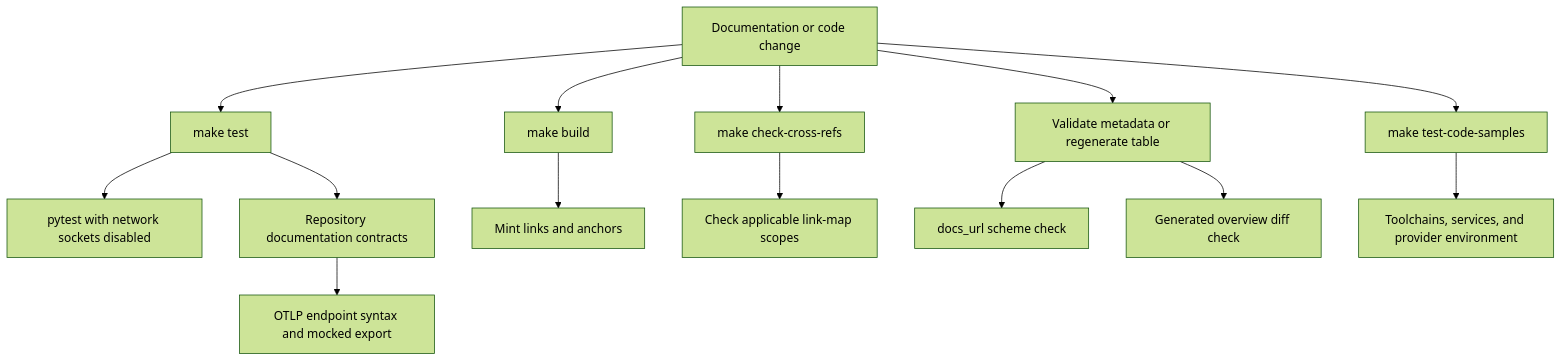
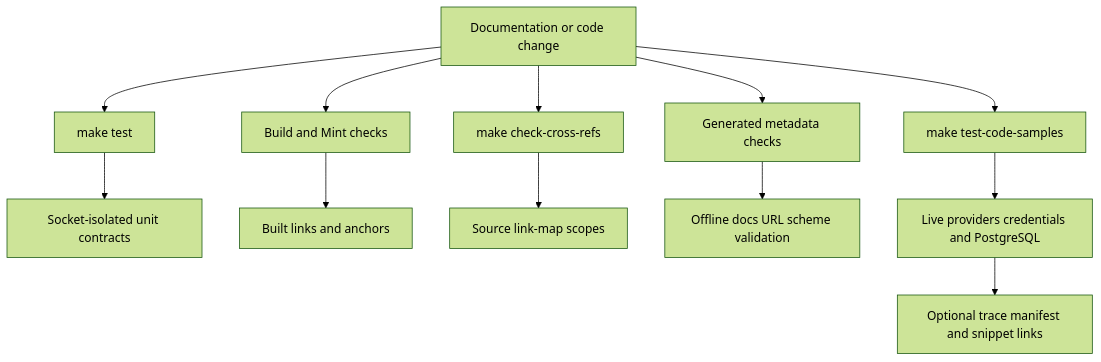
Before and after one commit to langchain-ai/docs: the diagram in openwiki/testing/test-overview.md, drawn with Mermaid (forest theme). The commit also changed other lines of this file and 26 other files, not shown here.

````diff
--- a/openwiki/testing/test-overview.md
+++ b/openwiki/testing/test-overview.md
@@ -69,16 +52,14 @@
 ```mermaid
 flowchart TD
   Change["Documentation or code change"] --> Unit["make test"]
-  Unit --> Isolated["pytest with network sockets disabled"]
-  Unit --> Contract["Repository documentation contracts"]
-  Contract --> OTel["OTLP endpoint syntax and mocked export"]
-  Change --> Docs["make build"]
-  Docs --> Mint["Mint links and anchors"]
-  Change --> References["make check-cross-refs"]
-  References --> Maps["Check applicable link-map scopes"]
-  Change --> Metadata["Validate metadata or regenerate table"]
-  Metadata --> SafeURL["docs_url scheme check"]
-  Metadata --> Generated["Generated overview diff check"]
+  Unit --> Offline["Socket-isolated unit contracts"]
+  Change --> Build["Build and Mint checks"]
+  Build --> Links["Built links and anchors"]
+  Change --> RefCheck["make check-cross-refs"]
+  RefCheck --> Maps["Source link-map scopes"]
+  Change --> Generated["Generated metadata checks"]
+  Generated --> SafeURL["Offline docs URL scheme validation"]
   Change --> Samples["make test-code-samples"]
-  Samples --> Live["Toolchains, services, and provider environment"]
+  Samples --> Live["Live providers credentials and PostgreSQL"]
+  Live --> Trace["Optional trace manifest and snippet links"]
 ```
````
